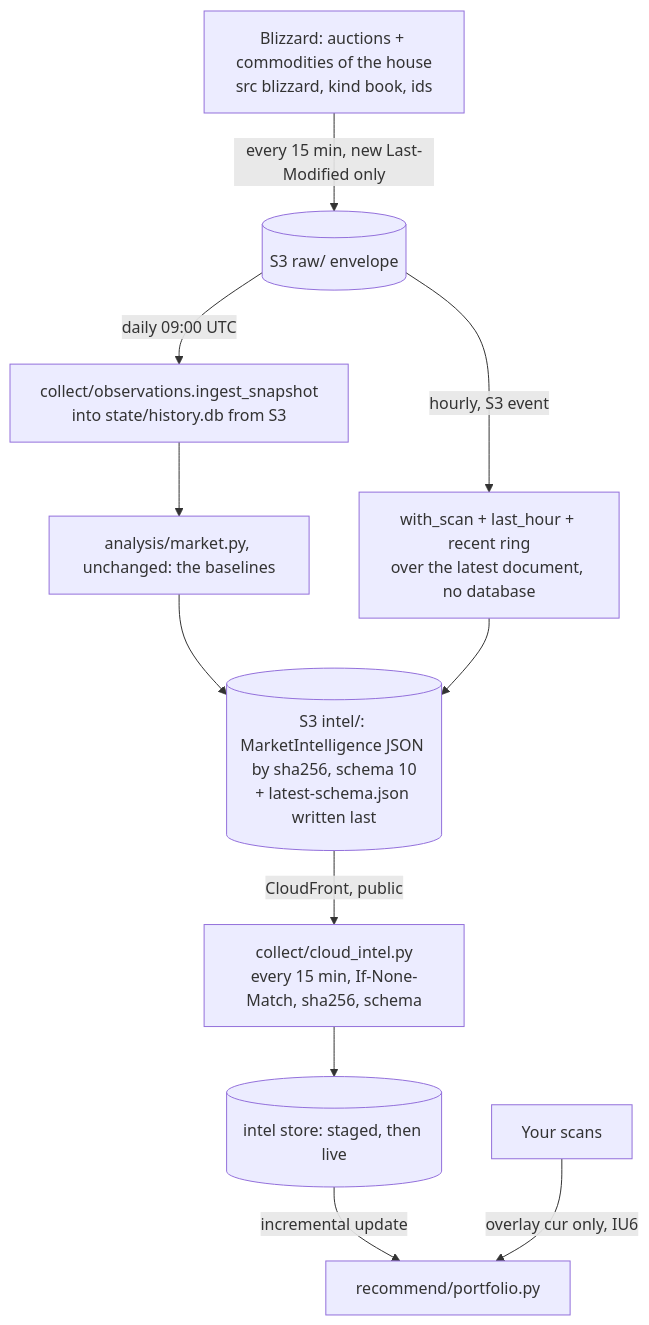
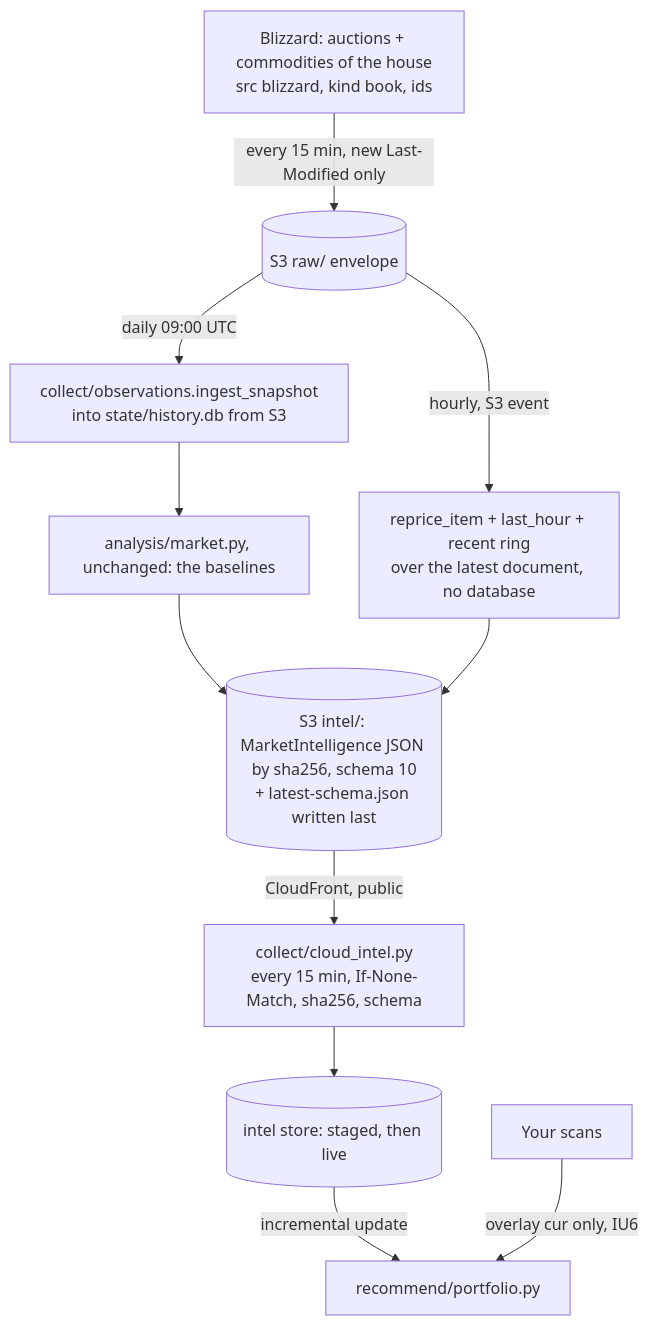
Before and after one commit to ctng1213/WowAuction: the third of 9 diagrams in docs/ARCHITECTURE.md, drawn with Mermaid. The commit also changed other lines of this file and 27 other files, not shown here.

````diff
--- a/docs/ARCHITECTURE.md
+++ b/docs/ARCHITECTURE.md
@@ -109,13 +109,13 @@
 ```mermaid
 flowchart TD
   BAPI[Blizzard: auctions + commodities of the house<br/>src blizzard, kind book, ids] -->|every 15 min, new Last-Modified only| Raw[(S3 raw/ envelope)]
   Raw -->|daily 09:00 UTC| Ingest[collect/observations.ingest_snapshot<br/>into state/history.db from S3]
   Ingest --> Analysis[analysis/market.py, unchanged: the baselines]
   Analysis --> Doc[(S3 intel/: MarketIntelligence JSON by sha256, schema 10<br/>+ latest-schema.json written last)]
-  Raw -->|hourly, S3 event| Hourly[with_scan + last_hour + recent ring<br/>over the latest document, no database]
+  Raw -->|hourly, S3 event| Hourly[reprice_item + last_hour + recent ring<br/>over the latest document, no database]
   Hourly --> Doc
   Doc -->|CloudFront, public| Poll[collect/cloud_intel.py<br/>every 15 min, If-None-Match, sha256, schema]
   Poll --> IntelLocal[(intel store: staged, then live)]
   IntelLocal -->|incremental update| Plan[recommend/portfolio.py]
   Scans[Your scans] -->|overlay cur only, IU6| Plan
 ```
````
